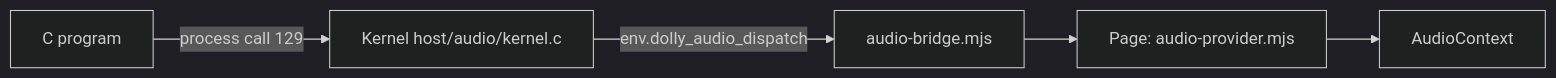
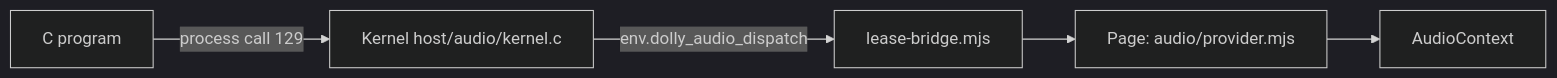
One commit to daugasauron/dolly changed the diagram in docs/audio.md. Above: the diagram before and after it, drawn with Mermaid (dark theme). The commit also changed other lines of this file and 31 other files, not shown here.

````diff
--- a/docs/audio.md
+++ b/docs/audio.md
@@ -8,6 +8,6 @@
 ```mermaid
 flowchart LR
   prog["C program"] -- "process call 129" --> kernel["Kernel host/audio/kernel.c"]
-  kernel -- "env.dolly_audio_dispatch" --> bridge["audio-bridge.mjs"]
-  bridge --> provider["Page: audio-provider.mjs"] --> ctx["AudioContext"]
+  kernel -- "env.dolly_audio_dispatch" --> bridge["lease-bridge.mjs"]
+  bridge --> provider["Page: audio/provider.mjs"] --> ctx["AudioContext"]
 ```
````
